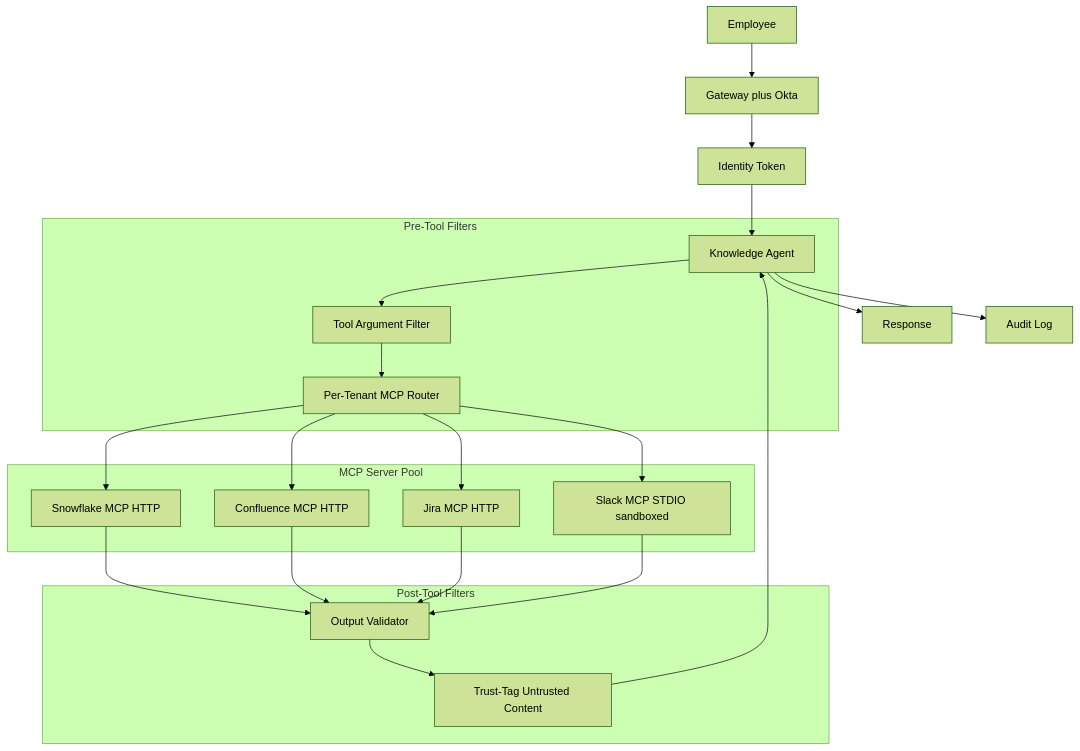
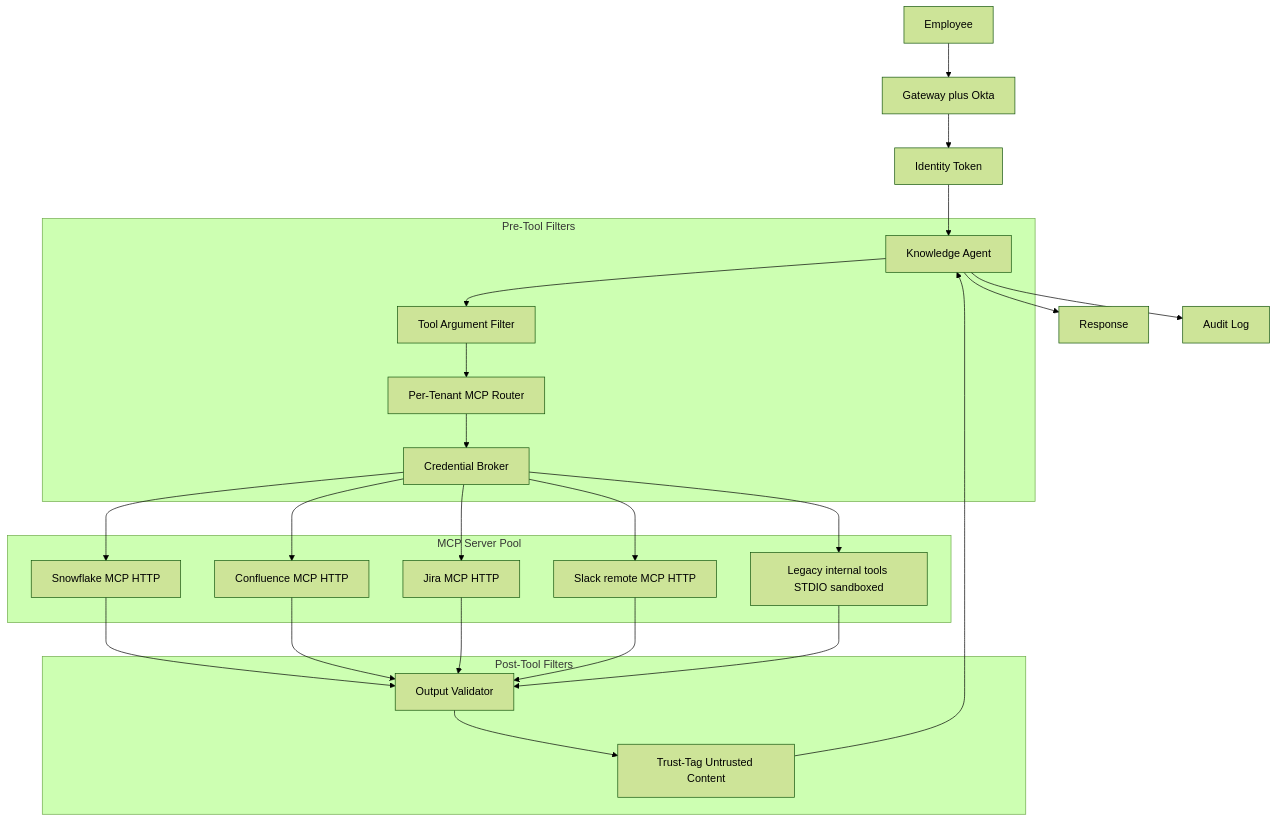
Before and after one commit to ChiHoc/ai-system-design-guide-zh: the first of 2 diagrams in 16-case-studies/20-mcp-knowledge-agent.md, drawn with Mermaid (forest theme). The commit also changed other lines of this file and 149 other files, not shown here.

````diff
--- a/16-case-studies/20-mcp-knowledge-agent.md
+++ b/16-case-studies/20-mcp-knowledge-agent.md
@@ -21,30 +21,33 @@
 ```mermaid
 flowchart TB
     USER[Employee] --> GATE[Gateway plus Okta]
     GATE --> ID[Identity Token]
     ID --> AGENT[Knowledge Agent]
 
     subgraph Filters["Pre-Tool Filters"]
         AGENT --> ARG[Tool Argument Filter]
         ARG --> ROUTE[Per-Tenant MCP Router]
+        ROUTE --> BROKER[Credential Broker]
     end
 
     subgraph MCP["MCP Server Pool"]
-        ROUTE --> SNOW[Snowflake MCP HTTP]
-        ROUTE --> CONF[Confluence MCP HTTP]
-        ROUTE --> JIRA[Jira MCP HTTP]
-        ROUTE --> SLACK[Slack MCP STDIO sandboxed]
+        BROKER --> SNOW[Snowflake MCP HTTP]
+        BROKER --> CONF[Confluence MCP HTTP]
+        BROKER --> JIRA[Jira MCP HTTP]
+        BROKER --> SLACK[Slack remote MCP HTTP]
+        BROKER --> LEGACY[Legacy internal tools STDIO sandboxed]
     end
 
     subgraph PostFilters["Post-Tool Filters"]
         SNOW --> VAL[Output Validator]
         CONF --> VAL
         JIRA --> VAL
         SLACK --> VAL
+        LEGACY --> VAL
         VAL --> TRUST[Trust-Tag Untrusted Content]
     end
 
     TRUST --> AGENT
     AGENT --> RESP[Response]
     AGENT --> AUDIT[Audit Log]
 ```
````
